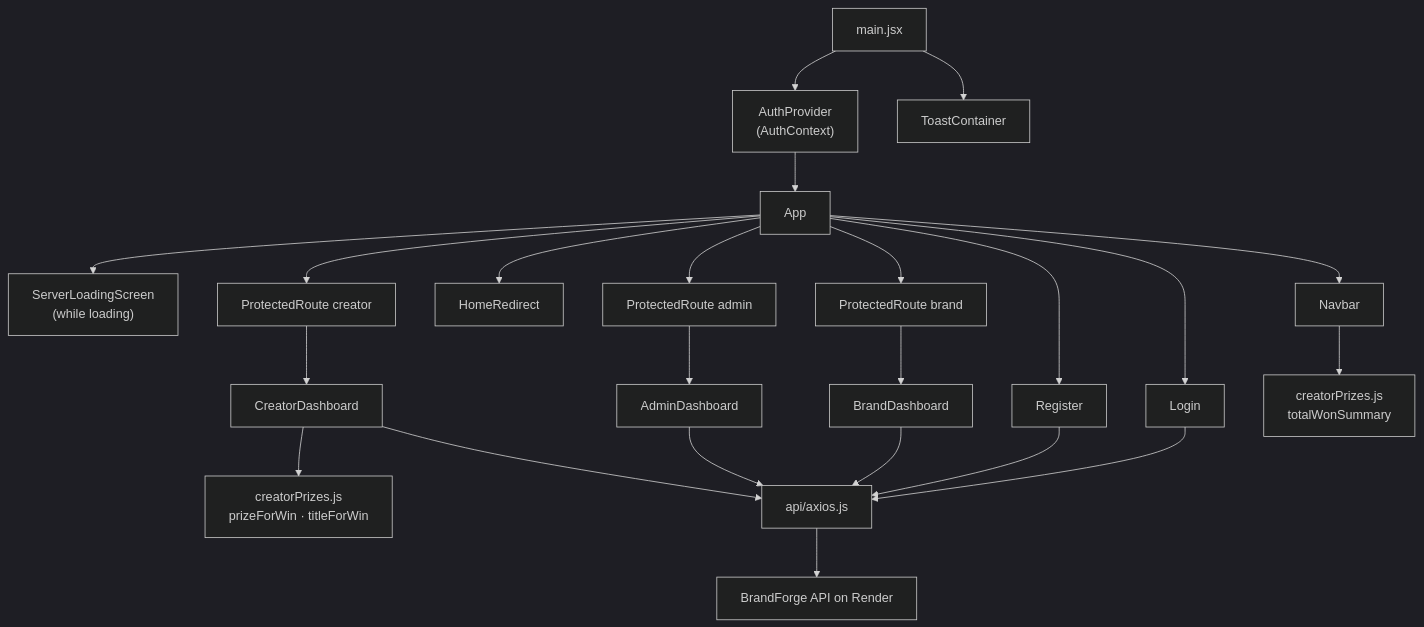
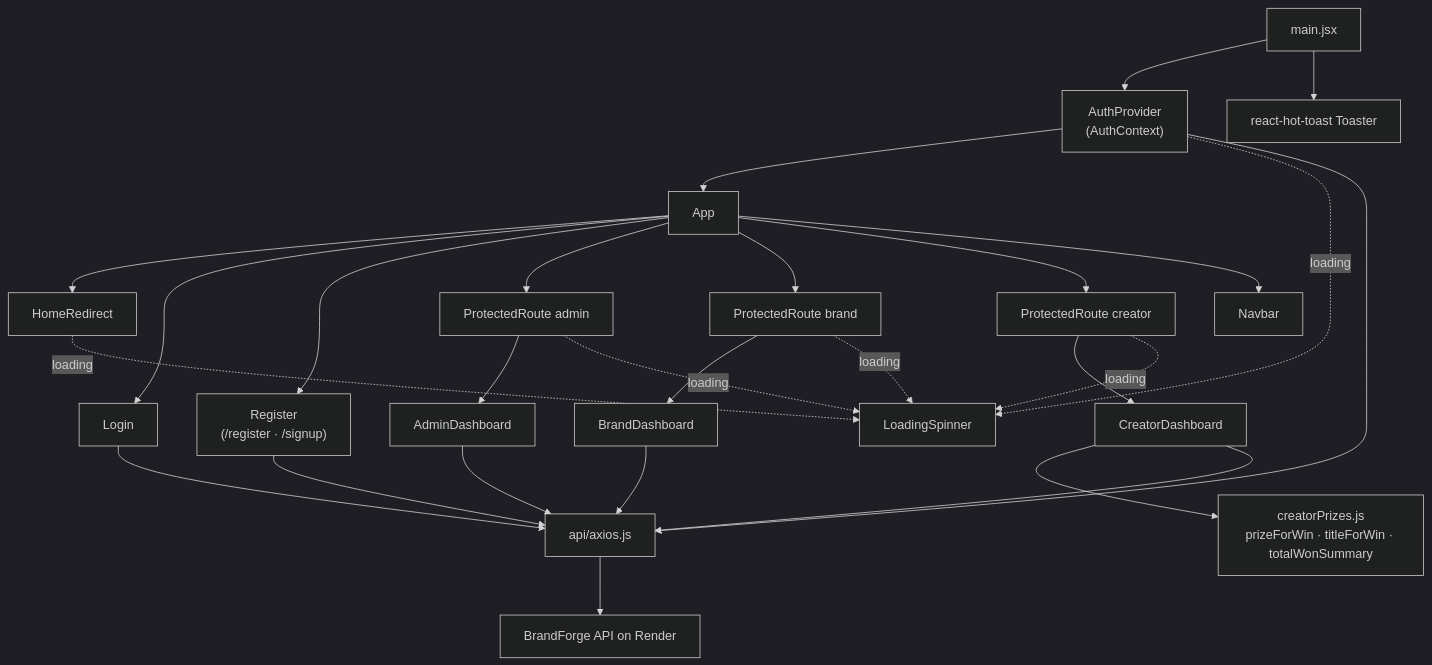
The fourth of 11 diagrams in README.md (RohitChintalapudi/BrandForge_Frontend), drawn with Mermaid (dark theme) before and after one commit. The commit also changed other lines of this file, not shown here.

````diff
--- a/README.md
+++ b/README.md
@@ -250,22 +254,23 @@
 ```mermaid
 flowchart TD
     MAIN["main.jsx"] --> AP["AuthProvider<br/>(AuthContext)"]
-    MAIN --> TC["ToastContainer"]
+    MAIN --> TOAST["react-hot-toast Toaster"]
     AP --> APP["App"]
-
-    APP --> SLS["ServerLoadingScreen<br/>(while loading)"]
-    APP --> NAV["Navbar"]
 
     APP --> HR["HomeRedirect"]
     APP --> LOGIN["Login"]
-    APP --> REGISTER["Register"]
+    APP --> REGISTER["Register<br/>(/register · /signup)"]
 
     APP --> PR1["ProtectedRoute admin"] --> ADMIN["AdminDashboard"]
     APP --> PR2["ProtectedRoute brand"] --> BRAND["BrandDashboard"]
     APP --> PR3["ProtectedRoute creator"] --> CREATOR["CreatorDashboard"]
 
-    NAV --> CP["creatorPrizes.js<br/>totalWonSummary"]
-    CREATOR --> CP2["creatorPrizes.js<br/>prizeForWin · titleForWin"]
-    LOGIN & REGISTER & BRAND & ADMIN & CREATOR --> API["api/axios.js"]
+    APP --> NAV["Navbar"]
+    AP -. "loading" .-> LS["LoadingSpinner"]
+    HR -. "loading" .-> LS
+    PR1 & PR2 & PR3 -. "loading" .-> LS
+
+    CREATOR --> CP["creatorPrizes.js<br/>prizeForWin · titleForWin · totalWonSummary"]
+    AP & LOGIN & REGISTER & BRAND & ADMIN & CREATOR --> API["api/axios.js"]
     API --> BE["BrandForge API on Render"]
 ```
````
